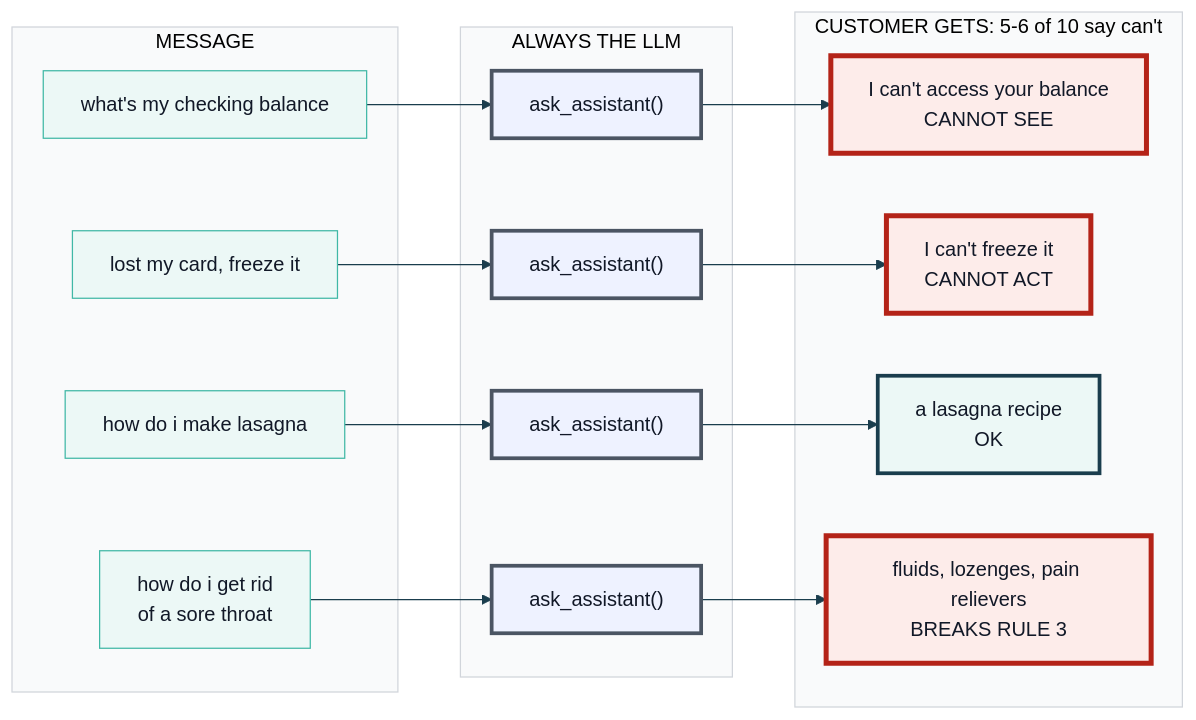
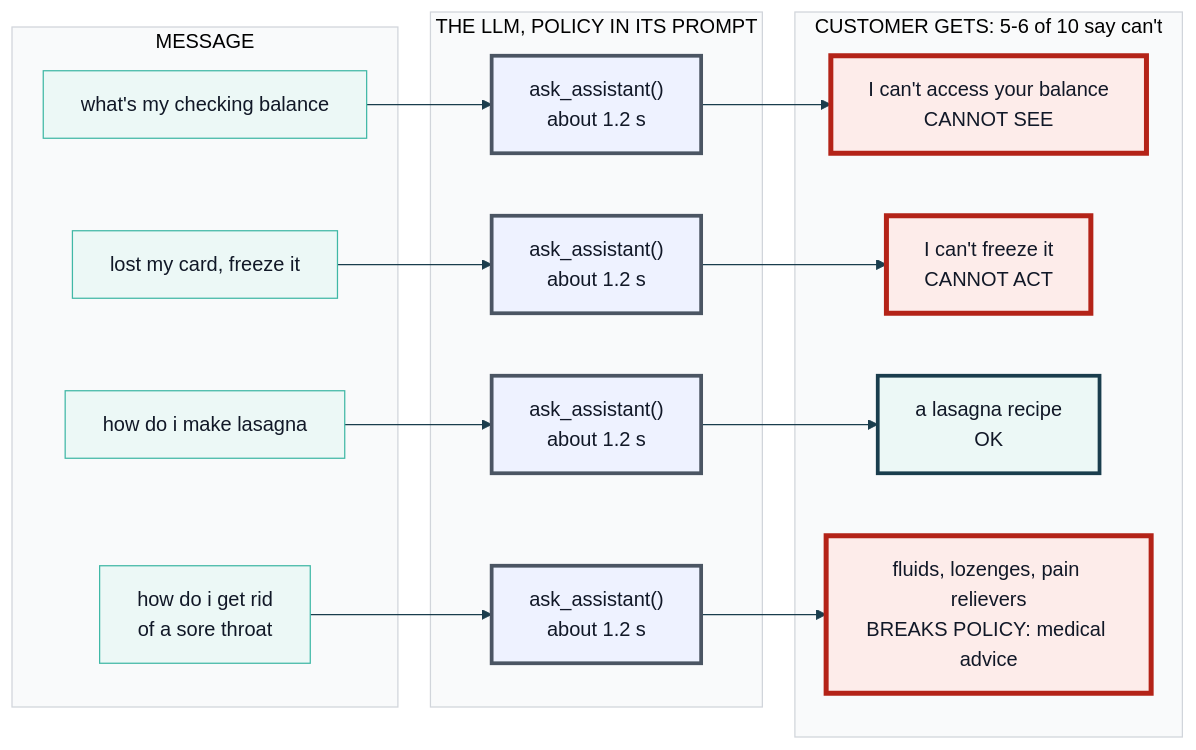
The diagram in course/diagrams/module_04/p1-problem-llm-for-everything.mmd (axel-sirota/getting_started_jev), drawn with Mermaid before and after one commit. The commit also changed 29 other files, not shown here.

Commit message:
Module 4: notebooks and diagrams

```diff
--- a/course/diagrams/module_04/p1-problem-llm-for-everything.mmd
+++ b/course/diagrams/module_04/p1-problem-llm-for-everything.mmd
@@ -1,35 +1,35 @@
 %%{init: {"theme": "base", "themeVariables": {"fontFamily": "Inter, sans-serif", "primaryColor": "#ECF8F6", "primaryBorderColor": "#40B8A6", "primaryTextColor": "#111827", "lineColor": "#1A3D4D", "secondaryColor": "#F9FAFB", "tertiaryColor": "#FFFFFF", "clusterBkg": "#F9FAFB", "clusterBorder": "#D1D5DB", "actorBkg": "#ECF8F6", "actorBorder": "#40B8A6", "noteBkgColor": "#FFF6DA", "noteBorderColor": "#E0B84C"}}}%%
 flowchart LR
   subgraph IN["MESSAGE"]
     M1["what's my checking balance"]
     M2["lost my card, freeze it"]
     M3["how do i make lasagna"]
     M4["how do i get rid<br/>of a sore throat"]
   end
-  subgraph WHO["ALWAYS THE LLM"]
-    H1["ask_assistant()"]
-    H2["ask_assistant()"]
-    H3["ask_assistant()"]
-    H4["ask_assistant()"]
+  subgraph WHO["THE LLM, POLICY IN ITS PROMPT"]
+    H1["ask_assistant()<br/>about 1.2 s"]
+    H2["ask_assistant()<br/>about 1.2 s"]
+    H3["ask_assistant()<br/>about 1.2 s"]
+    H4["ask_assistant()<br/>about 1.2 s"]
   end
   subgraph GETS["CUSTOMER GETS: 5-6 of 10 say can't"]
     O1["I can't access your balance<br/>CANNOT SEE"]
     O2["I can't freeze it<br/>CANNOT ACT"]
     O3["a lasagna recipe<br/>OK"]
-    O4["fluids, lozenges, pain relievers<br/>BREAKS RULE 3"]
+    O4["fluids, lozenges, pain relievers<br/>BREAKS POLICY: medical advice"]
   end
   M1 --> H1 --> O1
   M2 --> H2 --> O2
   M3 --> H3 --> O3
   M4 --> H4 --> O4
 
   classDef fail fill:#FDECEA,stroke:#B42318,stroke-width:4px
   classDef changed fill:#D5F2EC,stroke:#1A3D4D,stroke-width:4px
   classDef ok fill:#ECF8F6,stroke:#1A3D4D,stroke-width:3px
   classDef human fill:#FFF6DA,stroke:#B7791F,stroke-width:4px
   classDef jev fill:#D5F2EC,stroke:#40B8A6,stroke-width:3px
   classDef code fill:#FFFFFF,stroke:#1A3D4D,stroke-width:3px
   classDef llm fill:#EEF2FF,stroke:#4B5563,stroke-width:3px
   class O1,O2,O4 fail
   class O3 ok
   class H1,H2,H3,H4 llm
```
